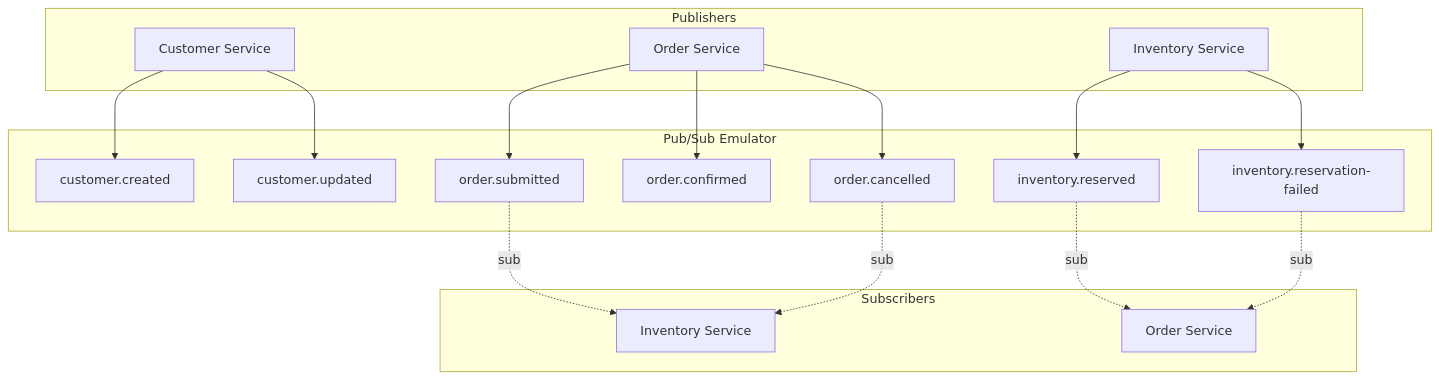
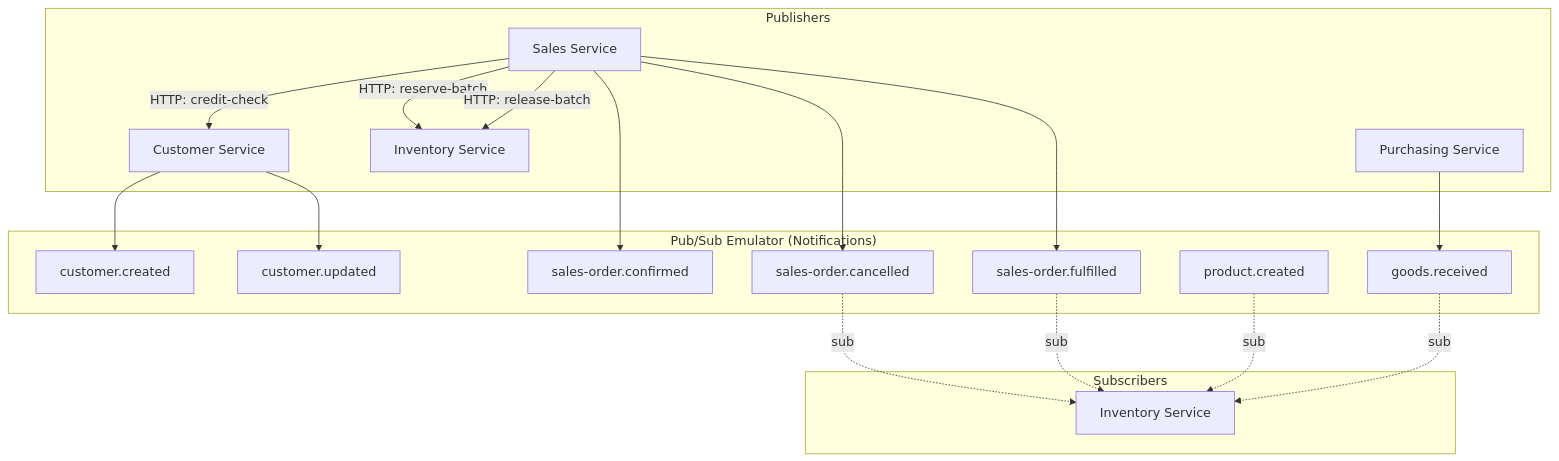
Before and after one commit to ndmthuan97/ERP-Prototype-Example: the first of 5 diagrams in docs/architecture/event-flows.md, drawn with Mermaid. The commit also changed other lines of this file and 160 other files, not shown here.

Commit message:
feat: initialize ERP prototype project architecture, backend microservices, and frontend foundations with extensive documentation

````diff
--- a/docs/architecture/event-flows.md
+++ b/docs/architecture/event-flows.md
@@ -48,36 +56,39 @@
 ```mermaid
 flowchart TB
     subgraph Publishers
         CS["Customer Service"]
-        OS["Order Service"]
+        OS["Sales Service"]
         IS["Inventory Service"]
+        PUR["Purchasing Service"]
     end
 
-    subgraph Pub/Sub Emulator
+    subgraph "Pub/Sub Emulator (Notifications)"
         T1["customer.created"]
         T2["customer.updated"]
-        T3["order.submitted"]
-        T4["order.confirmed"]
-        T5["order.cancelled"]
-        T6["inventory.reserved"]
-        T7["inventory.reservation-failed"]
+        T4["sales-order.confirmed"]
+        T5["sales-order.cancelled"]
+        T8["sales-order.fulfilled"]
+        T9["product.created"]
+        T10["goods.received"]
     end
 
     subgraph Subscribers
-        OS2["Order Service"]
         IS2["Inventory Service"]
     end
 
     CS --> T1
     CS --> T2
-    OS --> T3
     OS --> T4
     OS --> T5
-    IS --> T6
-    IS --> T7
+    OS --> T8
+    PUR --> T10
 
-    T3 -. "sub" .-> IS2
     T5 -. "sub" .-> IS2
-    T6 -. "sub" .-> OS2
-    T7 -. "sub" .-> OS2
+    T8 -. "sub" .-> IS2
+    T9 -. "sub" .-> IS2
+    T10 -. "sub" .-> IS2
+
+    OS -- "HTTP: reserve-batch" --> IS
+    OS -- "HTTP: release-batch" --> IS
+    OS -- "HTTP: credit-check" --> CS
 ```
````
